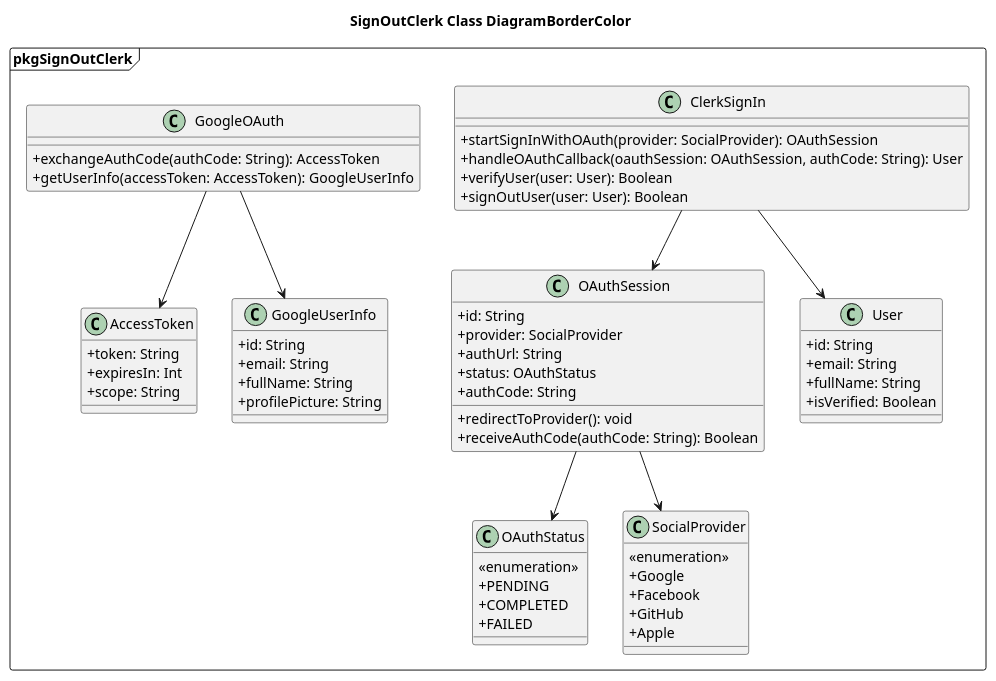
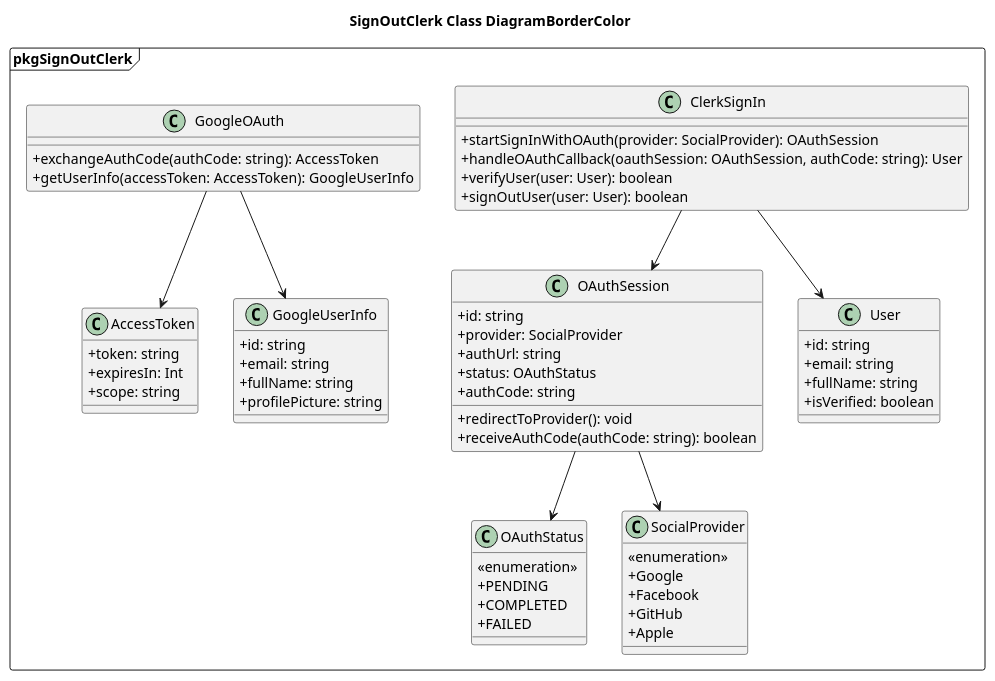
Before and after one commit to Caothuludau/InSyncDocument: the diagram in ClassDiagram/Authentication/SignOutClassDiagram.plantuml, drawn with PlantUML. The commit also changed 21 other files, not shown here.

```diff
--- a/ClassDiagram/Authentication/SignOutClassDiagram.plantuml
+++ b/ClassDiagram/Authentication/SignOutClassDiagram.plantuml
@@ -1,80 +1,80 @@
 @startuml SignOutClerk
 Title SignOutClerk Class DiagramBorderColor
 skinparam classAttributeIconSize 0
 ' Lớp chính xử lý sign-in
 package pkgSignOutClerk <<Frame>>{
 ' Lớp chính xử lý sign-in và sign-out
     class ClerkSignIn {
       + startSignInWithOAuth(provider: SocialProvider): OAuthSession
-      + handleOAuthCallback(oauthSession: OAuthSession, authCode: String): User
-      + verifyUser(user: User): Boolean
-      + signOutUser(user: User): Boolean
+      + handleOAuthCallback(oauthSession: OAuthSession, authCode: string): User
+      + verifyUser(user: User): boolean
+      + signOutUser(user: User): boolean
     }
 
     ' Quá trình xác thực OAuth
     class OAuthSession {
-      + id: String
+      + id: string
       + provider: SocialProvider
-      + authUrl: String
+      + authUrl: string
       + status: OAuthStatus
-      + authCode: String
+      + authCode: string
       + redirectToProvider(): void
-      + receiveAuthCode(authCode: String): Boolean
+      + receiveAuthCode(authCode: string): boolean
     }
 
     ' Các trạng thái OAuth
     class OAuthStatus {
       <<enumeration>>
       + PENDING
       + COMPLETED
       + FAILED
     }
 
     ' Các nhà cung cấp OAuth
     class SocialProvider {
       <<enumeration>>
       + Google
       + Facebook
       + GitHub
       + Apple
     }
 
     ' Thông tin người dùng
     class User {
-      + id: String
-      + email: String
-      + fullName: String
-      + isVerified: Boolean
+      + id: string
+      + email: string
+      + fullName: string
+      + isVerified: boolean
     }
 
     ' Lớp Google OAuth xử lý mã xác thực
     class GoogleOAuth {
-      + exchangeAuthCode(authCode: String): AccessToken
+      + exchangeAuthCode(authCode: string): AccessToken
       + getUserInfo(accessToken: AccessToken): GoogleUserInfo
     }
 
     ' Thông tin AccessToken
     class AccessToken {
-      + token: String
+      + token: string
       + expiresIn: Int
-      + scope: String
+      + scope: string
     }
 
     ' Thông tin Google User
     class GoogleUserInfo {
-      + id: String
-      + email: String
-      + fullName: String
-      + profilePicture: String
+      + id: string
+      + email: string
+      + fullName: string
+      + profilePicture: string
     }
 
     ' Các quan hệ
     ClerkSignIn --> OAuthSession
     OAuthSession --> OAuthStatus
     OAuthSession --> SocialProvider
     ClerkSignIn --> User
     GoogleOAuth --> AccessToken
     GoogleOAuth --> GoogleUserInfo
 
 }
 @enduml
```
